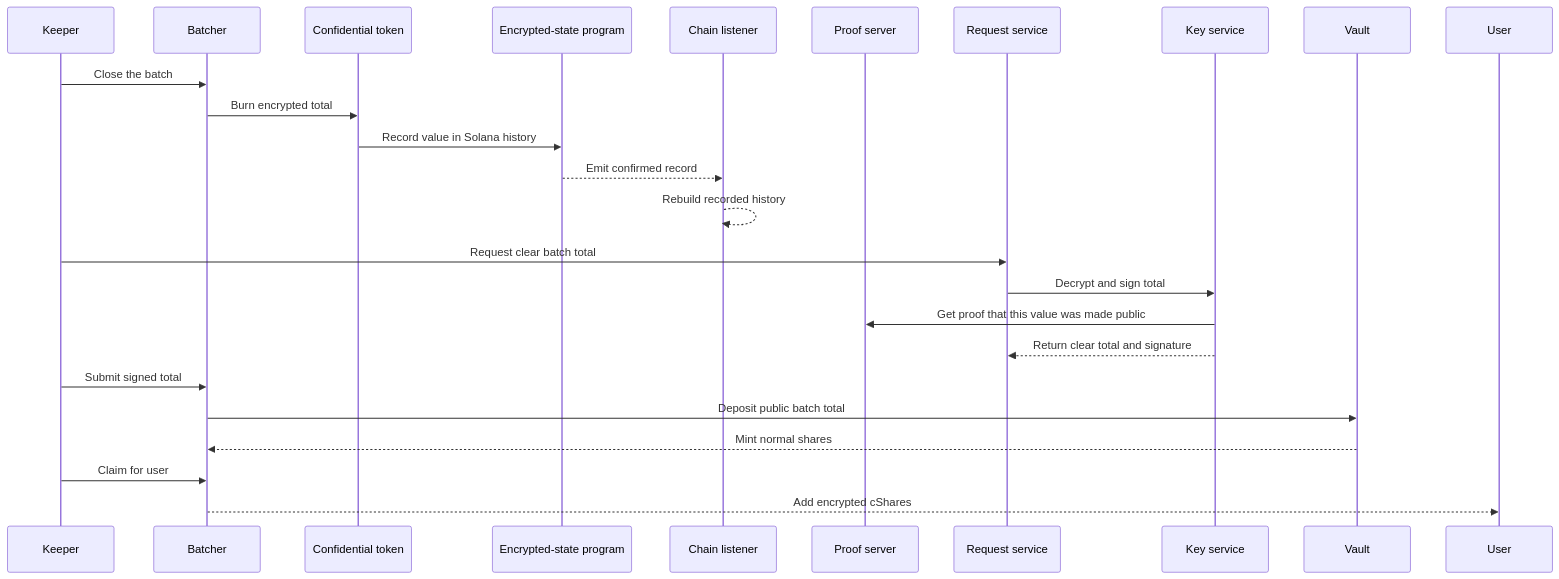
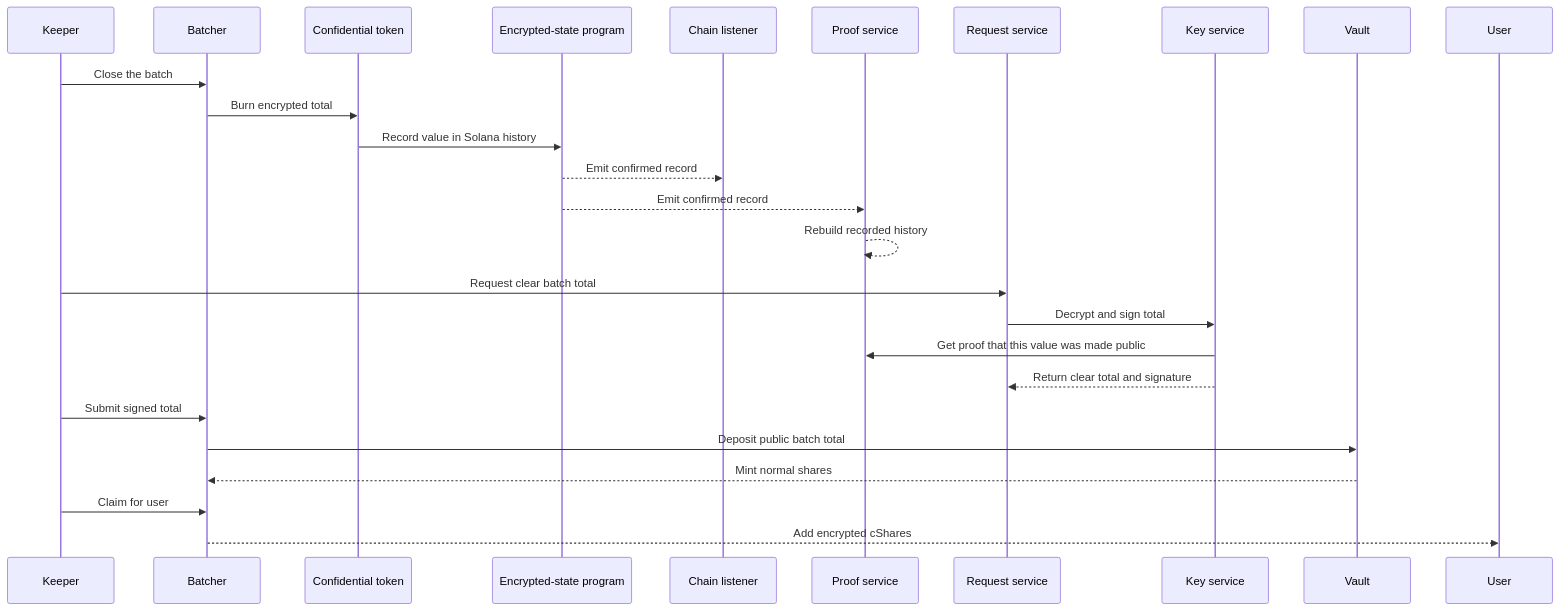
Before and after one commit to zama-ai/fhevm: the fifth of 5 diagrams in solana/demo-dapp/README.md, drawn with Mermaid. The commit also changed 6 other files, not shown here.

````diff
--- a/solana/demo-dapp/README.md
+++ b/solana/demo-dapp/README.md
@@ -164,28 +164,29 @@
 ```mermaid
 sequenceDiagram
     participant Keeper
     participant Batch as Batcher
     participant Token as Confidential token
     participant Host as Encrypted-state program
     participant Listener as Chain listener
-    participant Proofs as Proof server
+    participant Proofs as Proof service
     participant Relayer as Request service
     participant Keys as Key service
     participant Vault
     participant User
 
     Keeper->>Batch: Close the batch
     Batch->>Token: Burn encrypted total
     Token->>Host: Record value in Solana history
     Host-->>Listener: Emit confirmed record
-    Listener-->>Listener: Rebuild recorded history
+    Host-->>Proofs: Emit confirmed record
+    Proofs-->>Proofs: Rebuild recorded history
     Keeper->>Relayer: Request clear batch total
     Relayer->>Keys: Decrypt and sign total
     Keys->>Proofs: Get proof that this value was made public
     Keys-->>Relayer: Return clear total and signature
     Keeper->>Batch: Submit signed total
     Batch->>Vault: Deposit public batch total
     Vault-->>Batch: Mint normal shares
     Keeper->>Batch: Claim for user
     Batch-->>User: Add encrypted cShares
 ```
````
